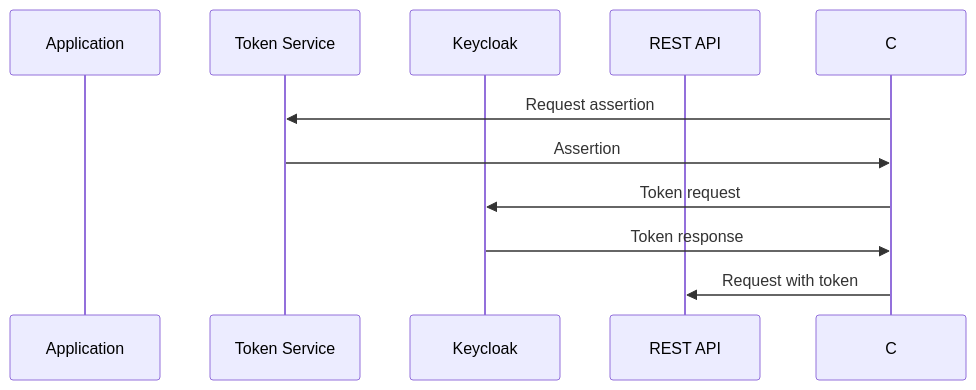
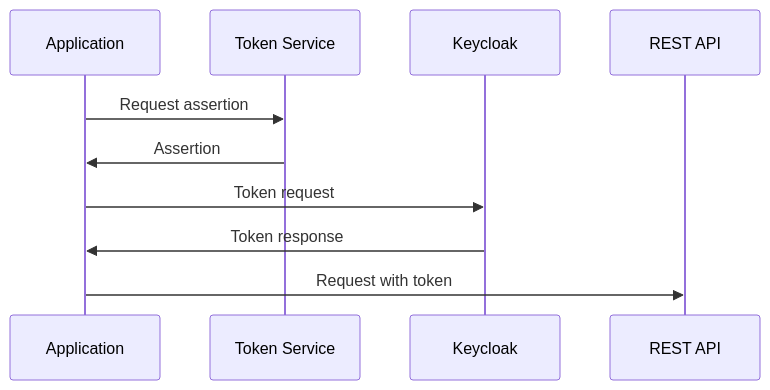
The diagram in seq/assertions.md (stianst/playground), drawn with Mermaid before and after one commit.

Commit message:
Rename participant RP to C in sequence diagram

````diff
--- a/seq/assertions.md
+++ b/seq/assertions.md
@@ -1,12 +1,12 @@
 ```mermaid
 sequenceDiagram
-    participant RP as Application
+    participant C as Application
     participant TS as Token Service
     participant KC as Keycloak
     participant RS as REST API
     C->>TS: Request assertion
     TS->>C: Assertion
     C->>KC: Token request
     KC->>C: Token response
     C->>RS: Request with token
 ```
````
